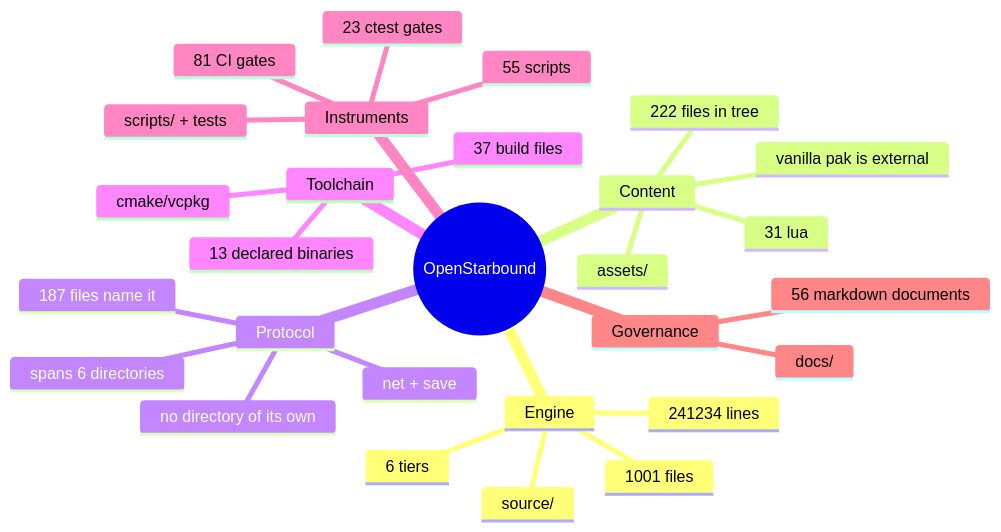
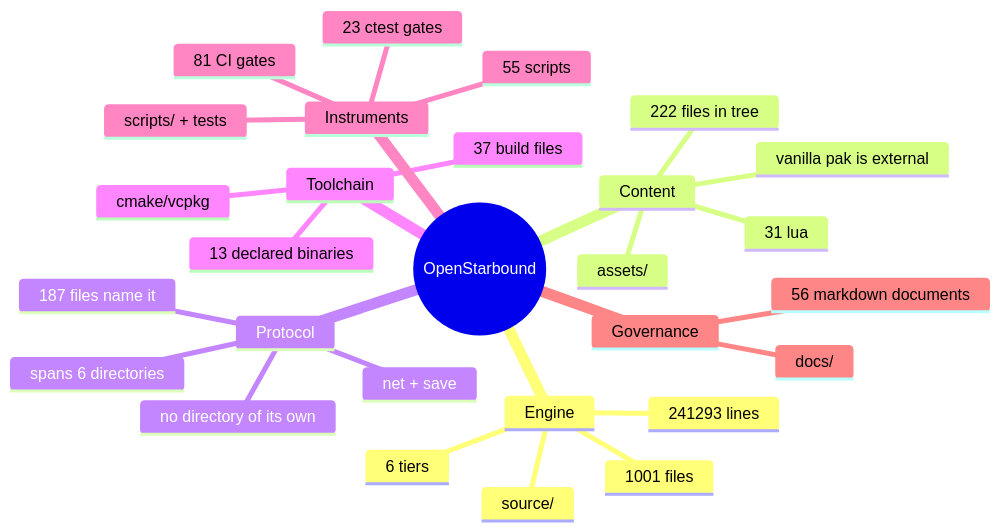
The second of 11 diagrams in docs/architecture/system-boundaries.md (apnex/OpenStarbound), drawn with Mermaid before and after one commit. The commit also changed other lines of this file and 2 other files, not shown here.

````diff
--- a/docs/architecture/system-boundaries.md
+++ b/docs/architecture/system-boundaries.md
@@ -166,31 +166,31 @@
 ```mermaid
 mindmap
   root((OpenStarbound))
     Engine
       source/
       1001 files
-      241234 lines
+      241293 lines
       6 tiers
     Content
       assets/
       222 files in tree
       31 lua
       vanilla pak is external
     Protocol
       net + save
       187 files name it
       spans 6 directories
       no directory of its own
     Toolchain
       cmake/vcpkg
       37 build files
       13 declared binaries
     Instruments
       scripts/ + tests
       55 scripts
       23 ctest gates
       81 CI gates
     Governance
       docs/
       56 markdown documents
 ```
````
